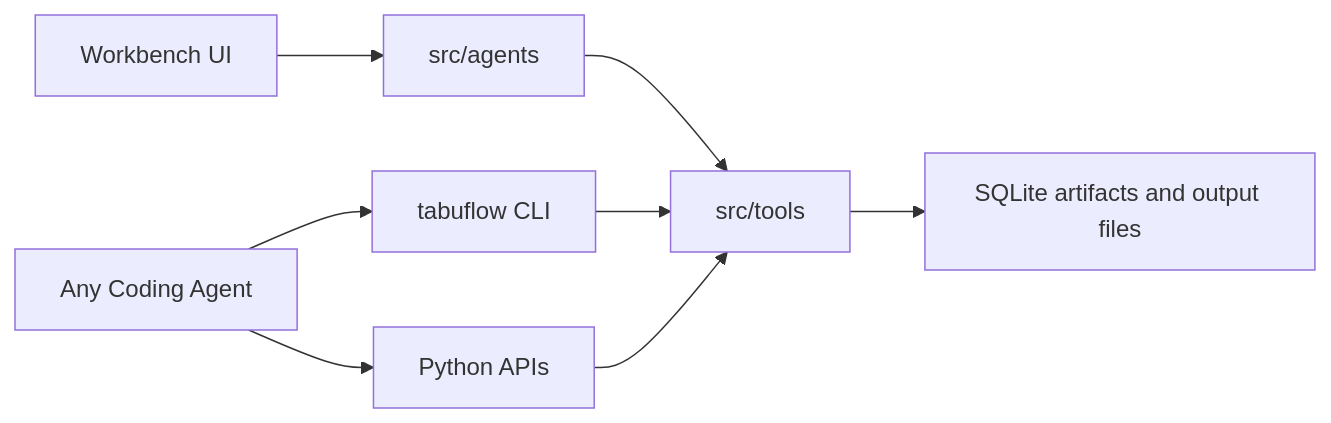
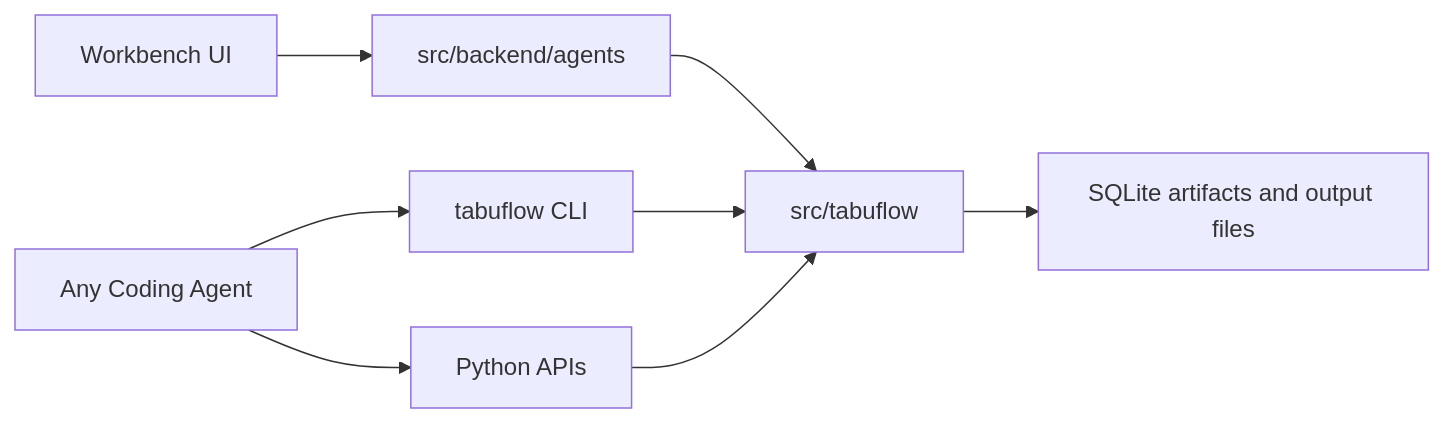
One commit to teron131/tabuflow changed the diagram in README.md. Above: the diagram before and after it, drawn with Mermaid. The commit also changed other lines of this file and 102 other files, not shown here.

````diff
--- a/README.md
+++ b/README.md
@@ -17,10 +17,10 @@
 ```mermaid
 flowchart LR
     AnyAgent[Any Coding Agent] --> CLI[tabuflow CLI]
     AnyAgent --> Python[Python APIs]
-    Workbench[Workbench UI] --> Agent[src/agents]
-    Agent --> Tools[src/tools]
+    Workbench[Workbench UI] --> Agent[src/backend/agents]
+    Agent --> Tools[src/tabuflow]
     CLI --> Tools
     Python --> Tools
     Tools --> Artifacts[SQLite artifacts and output files]
 ```
````
